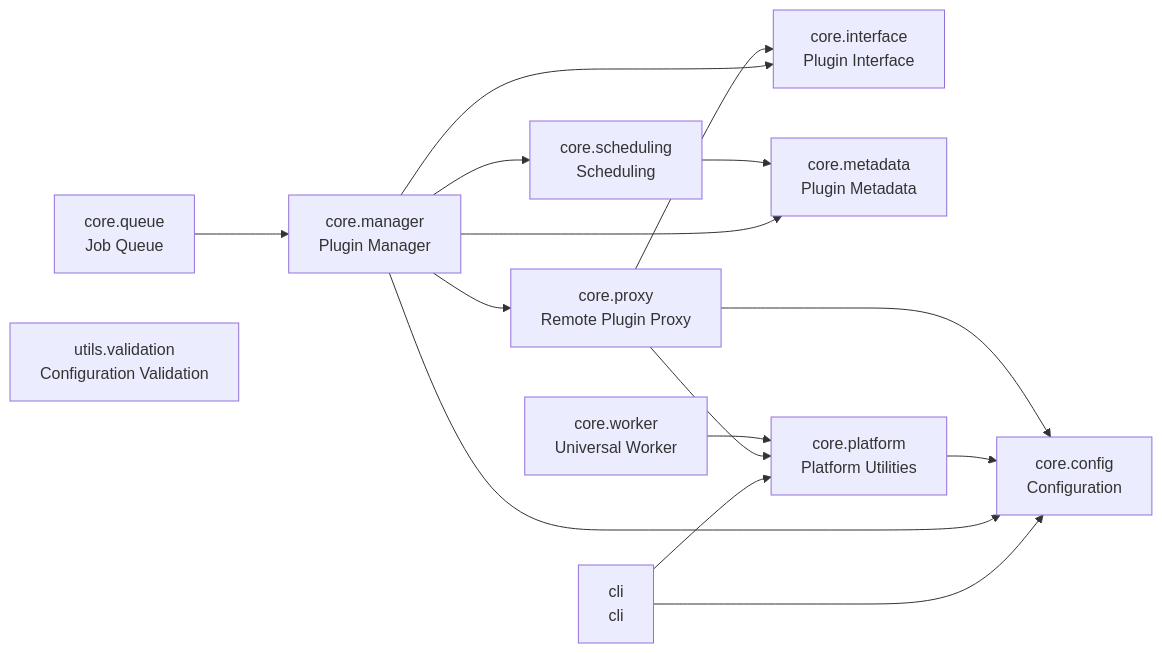
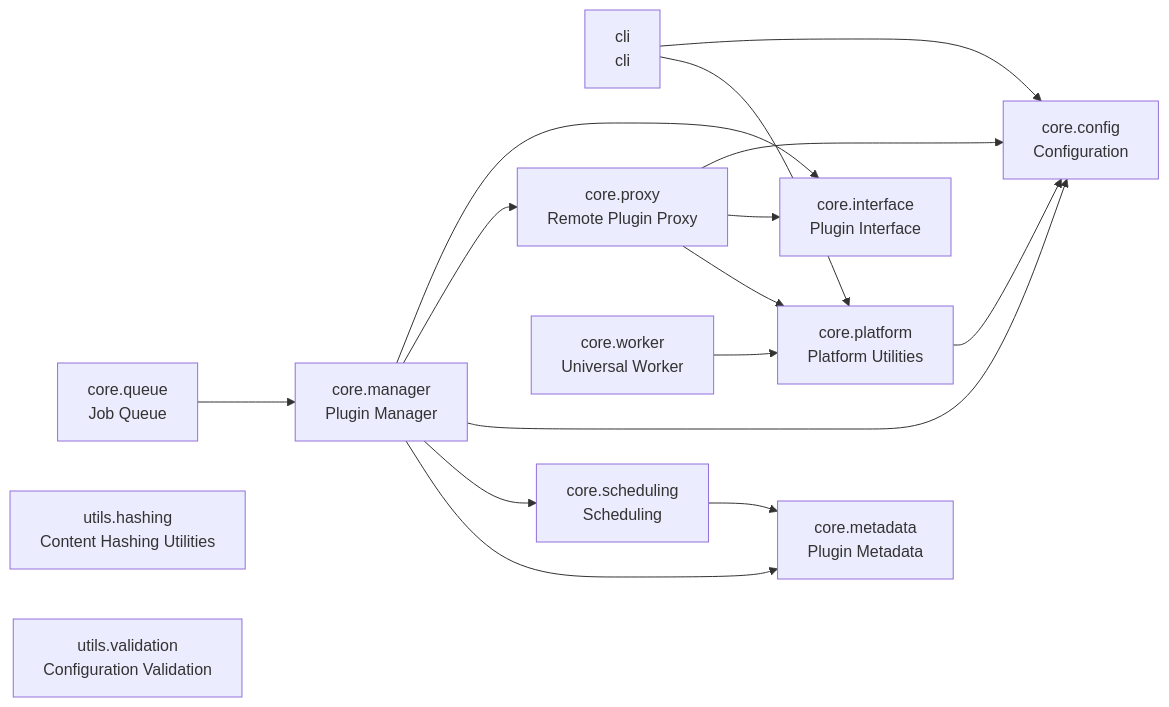
One commit to cj-mills/cjm-plugin-system changed the diagram in README.md. Above: the diagram before and after it, drawn with Mermaid. The commit also changed other lines of this file and 7 other files, not shown here.

Commit message:
Add content hashing utilities.

````diff
--- a/README.md
+++ b/README.md
@@ -33,29 +34,30 @@
 ``` mermaid
 graph LR
     cli[cli<br/>cli]
     core_config[core.config<br/>Configuration]
     core_interface[core.interface<br/>Plugin Interface]
     core_manager[core.manager<br/>Plugin Manager]
     core_metadata[core.metadata<br/>Plugin Metadata]
     core_platform[core.platform<br/>Platform Utilities]
     core_proxy[core.proxy<br/>Remote Plugin Proxy]
     core_queue[core.queue<br/>Job Queue]
     core_scheduling[core.scheduling<br/>Scheduling]
     core_worker[core.worker<br/>Universal Worker]
+    utils_hashing[utils.hashing<br/>Content Hashing Utilities]
     utils_validation[utils.validation<br/>Configuration Validation]
 
     cli --> core_platform
     cli --> core_config
-    core_manager --> core_proxy
     core_manager --> core_metadata
     core_manager --> core_scheduling
+    core_manager --> core_config
+    core_manager --> core_proxy
     core_manager --> core_interface
-    core_manager --> core_config
     core_platform --> core_config
+    core_proxy --> core_platform
     core_proxy --> core_interface
-    core_proxy --> core_platform
     core_proxy --> core_config
     core_queue --> core_manager
     core_scheduling --> core_metadata
     core_worker --> core_platform
 ```
````
